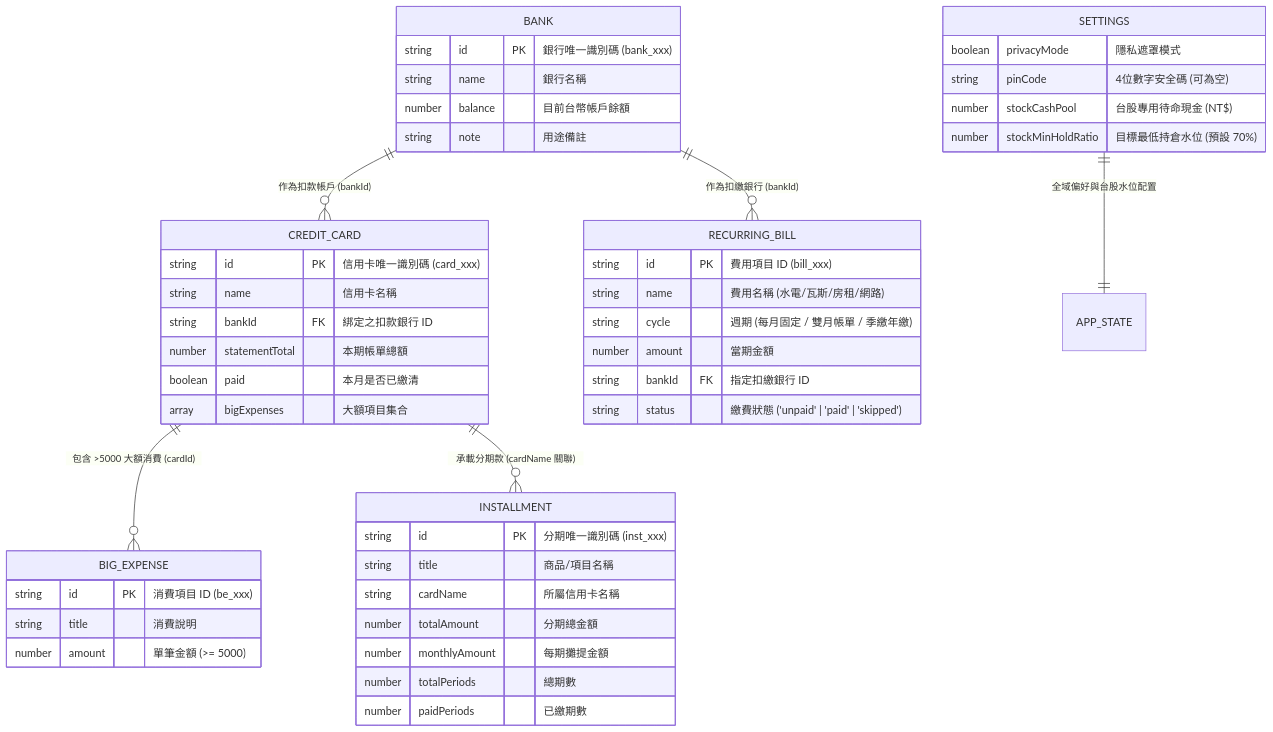
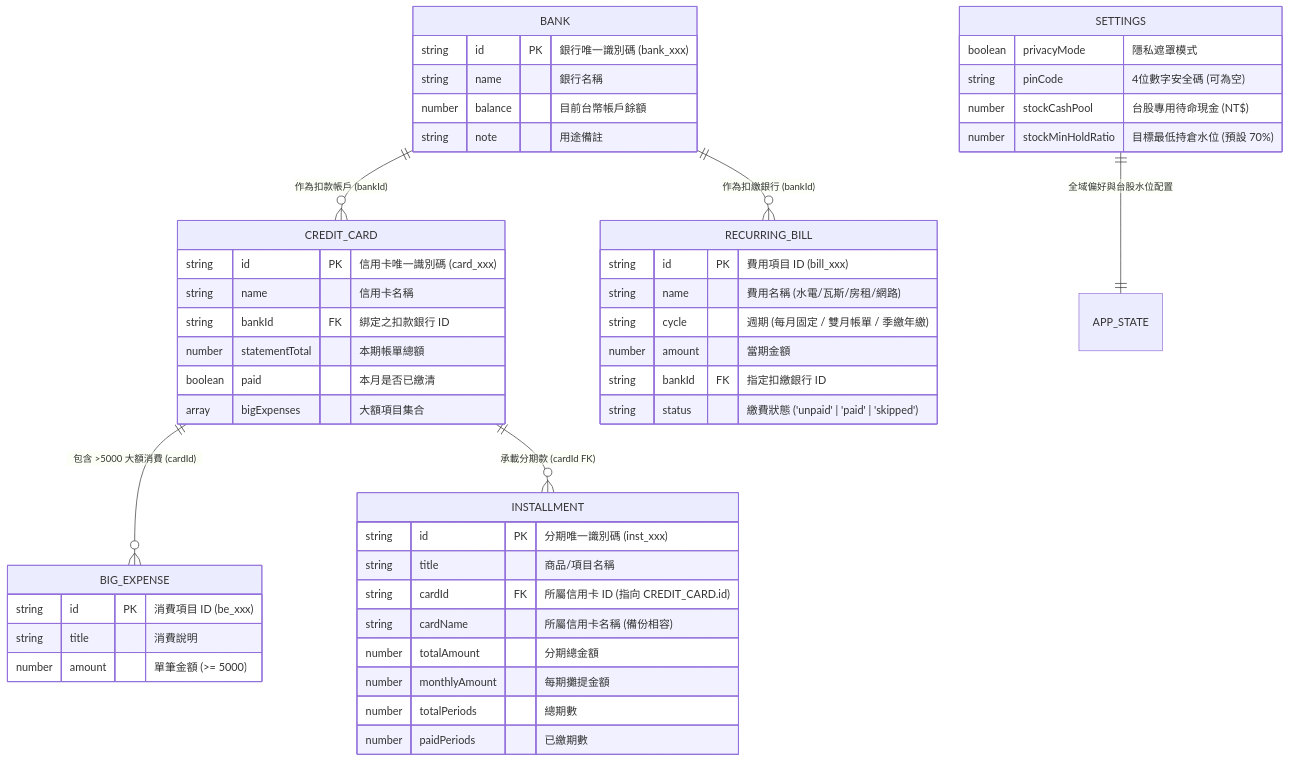
The sixth of 6 diagrams in _dev/PocketFlow/SDD.md (wiskinglin/wiskinglin.github.io), drawn with Mermaid before and after one commit. The commit also changed other lines of this file and 3 other files, not shown here.

````diff
--- a/_dev/PocketFlow/SDD.md
+++ b/_dev/PocketFlow/SDD.md
@@ -263,56 +263,57 @@
 ```mermaid
 erDiagram
     BANK ||--o{ CREDIT_CARD : "作為扣款帳戶 (bankId)"
     BANK ||--o{ RECURRING_BILL : "作為扣繳銀行 (bankId)"
     CREDIT_CARD ||--o{ BIG_EXPENSE : "包含 >5000 大額消費 (cardId)"
-    CREDIT_CARD ||--o{ INSTALLMENT : "承載分期款 (cardName 關聯)"
+    CREDIT_CARD ||--o{ INSTALLMENT : "承載分期款 (cardId FK)"
     SETTINGS ||--|| APP_STATE : "全域偏好與台股水位配置"
 
     BANK {
         string id PK "銀行唯一識別碼 (bank_xxx)"
         string name "銀行名稱"
         number balance "目前台幣帳戶餘額"
         string note "用途備註"
     }
 
     CREDIT_CARD {
         string id PK "信用卡唯一識別碼 (card_xxx)"
         string name "信用卡名稱"
         string bankId FK "綁定之扣款銀行 ID"
         number statementTotal "本期帳單總額"
         boolean paid "本月是否已繳清"
         array bigExpenses "大額項目集合"
     }
 
     BIG_EXPENSE {
         string id PK "消費項目 ID (be_xxx)"
         string title "消費說明"
         number amount "單筆金額 (>= 5000)"
     }
 
     RECURRING_BILL {
         string id PK "費用項目 ID (bill_xxx)"
         string name "費用名稱 (水電/瓦斯/房租/網路)"
         string cycle "週期 (每月固定 / 雙月帳單 / 季繳年繳)"
         number amount "當期金額"
         string bankId FK "指定扣繳銀行 ID"
         string status "繳費狀態 ('unpaid' | 'paid' | 'skipped')"
     }
 
     INSTALLMENT {
         string id PK "分期唯一識別碼 (inst_xxx)"
         string title "商品/項目名稱"
-        string cardName "所屬信用卡名稱"
+        string cardId FK "所屬信用卡 ID (指向 CREDIT_CARD.id)"
+        string cardName "所屬信用卡名稱 (備份相容)"
         number totalAmount "分期總金額"
         number monthlyAmount "每期攤提金額"
         number totalPeriods "總期數"
         number paidPeriods "已繳期數"
     }
 
     SETTINGS {
         boolean privacyMode "隱私遮罩模式"
         string pinCode "4位數字安全碼 (可為空)"
         number stockCashPool "台股專用待命現金 (NT$)"
         number stockMinHoldRatio "目標最低持倉水位 (預設 70%)"
     }
 ```
````
